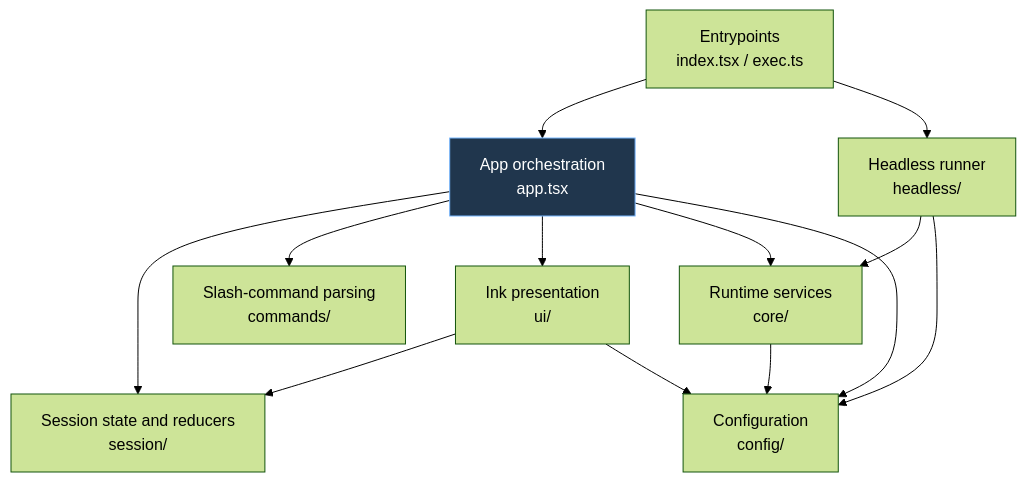
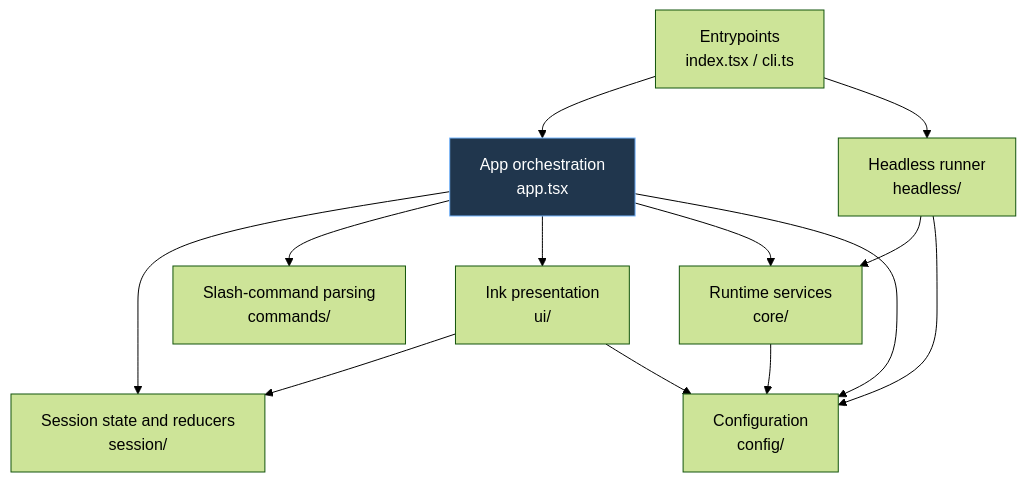
The third of 9 diagrams in docs/ARCHITECTURE.md (golba98/Codexa), drawn with Mermaid (forest theme) before and after one commit. The commit also changed other lines of this file and 7 other files, not shown here.

````diff
--- a/docs/ARCHITECTURE.md
+++ b/docs/ARCHITECTURE.md
@@ -82,18 +82,18 @@
 ```mermaid
 flowchart TD
-  Entrypoints[Entrypoints<br/>index.tsx / exec.ts] --> Orchestrator[App orchestration<br/>app.tsx]
+  Entrypoints[Entrypoints<br/>index.tsx / cli.ts] --> Orchestrator[App orchestration<br/>app.tsx]
   Entrypoints --> Headless[Headless runner<br/>headless/]
   Orchestrator --> Session[Session state and reducers<br/>session/]
   Orchestrator --> Commands[Slash-command parsing<br/>commands/]
   Orchestrator --> UI[Ink presentation<br/>ui/]
   Orchestrator --> Core[Runtime services<br/>core/]
   Orchestrator --> Config[Configuration<br/>config/]
   Headless --> Core
   Headless --> Config
   UI --> Session
   UI --> Config
   Core --> Config
 
   classDef owner fill:#20364d,color:#fff,stroke:#77b7ff
   class Orchestrator owner
 ```
````
